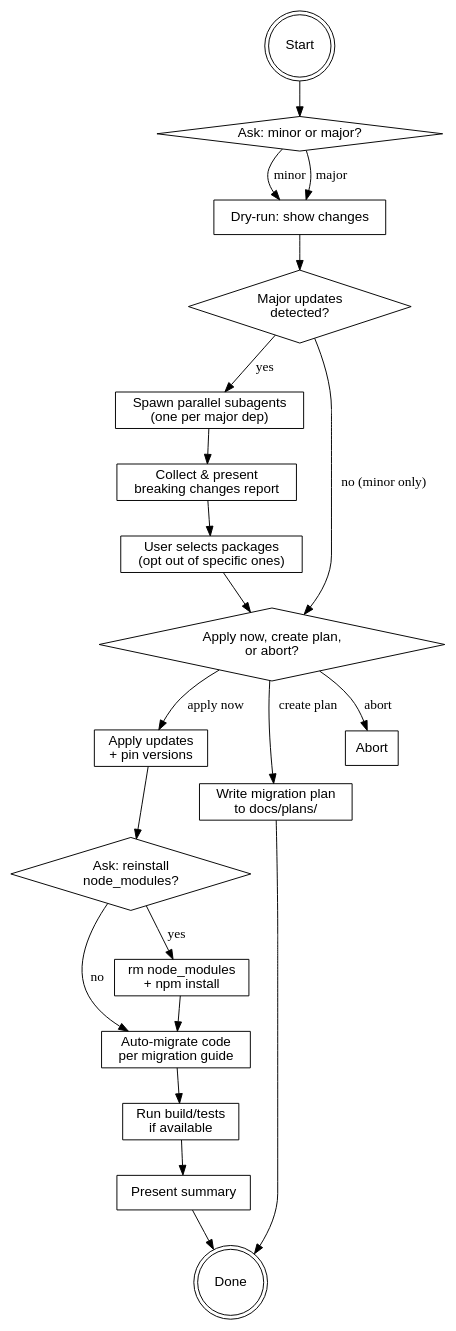
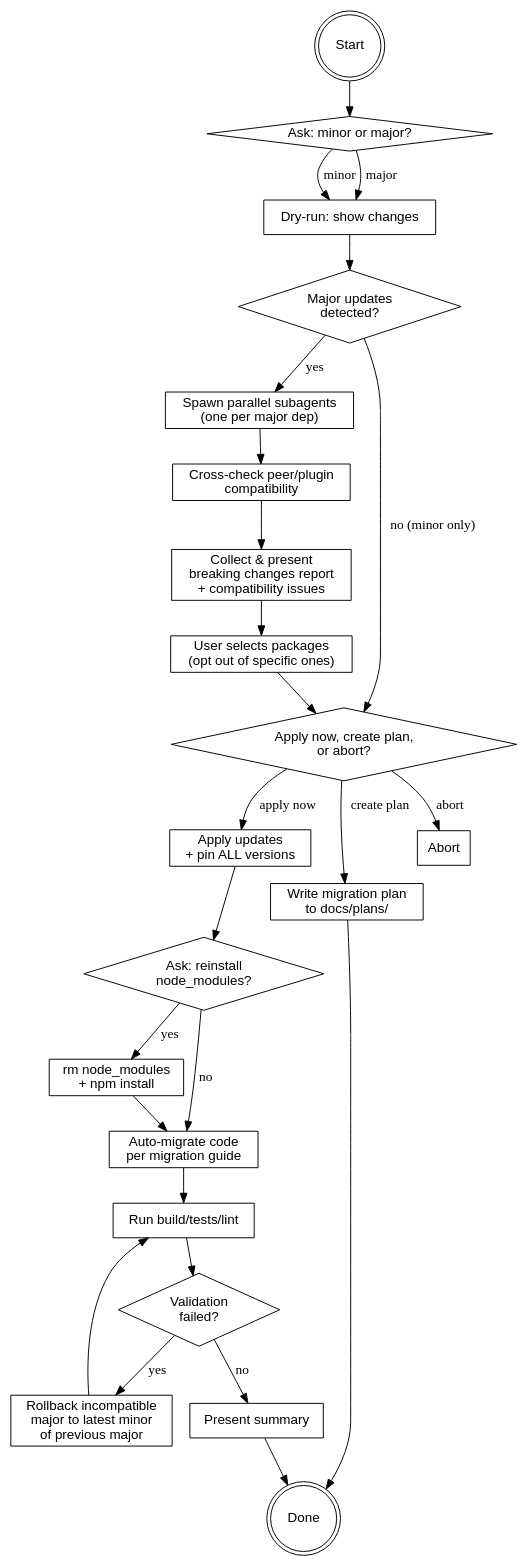
One commit to evelan-de/claude-code-plugins changed the diagram in skills/update-dependencies/SKILL.md. Above: the diagram before and after it, drawn with Graphviz. The commit also changed other lines of this file, not shown here.

First line of the commit message:
Update dependency skill with compatibility checks and rollback logic

````diff
--- a/skills/update-dependencies/SKILL.md
+++ b/skills/update-dependencies/SKILL.md
@@ -12,45 +12,52 @@
 ```dot
 digraph update_flow {
     rankdir=TB;
     node [fontname="Helvetica"];
 
     Start [shape=doublecircle];
     AskLevel [label="Ask: minor or major?" shape=diamond];
     DryRun [label="Dry-run: show changes" shape=box];
     HasMajor [label="Major updates\ndetected?" shape=diamond];
     SpawnAgents [label="Spawn parallel subagents\n(one per major dep)" shape=box];
-    CollectResults [label="Collect & present\nbreaking changes report" shape=box];
+    CompatCheck [label="Cross-check peer/plugin\ncompatibility" shape=box];
+    CollectResults [label="Collect & present\nbreaking changes report\n+ compatibility issues" shape=box];
     SelectPackages [label="User selects packages\n(opt out of specific ones)" shape=box];
     AskAction [label="Apply now, create plan,\nor abort?" shape=diamond];
-    ApplyUpdates [label="Apply updates\n+ pin versions" shape=box];
+    ApplyUpdates [label="Apply updates\n+ pin ALL versions" shape=box];
     AutoMigrate [label="Auto-migrate code\nper migration guide" shape=box];
     WritePlan [label="Write migration plan\nto docs/plans/" shape=box];
     AskReinstall [label="Ask: reinstall\nnode_modules?" shape=diamond];
     Reinstall [label="rm node_modules\n+ npm install" shape=box];
-    RunTests [label="Run build/tests\nif available" shape=box];
+    RunTests [label="Run build/tests/lint" shape=box];
+    ValidationFailed [label="Validation\nfailed?" shape=diamond];
+    Rollback [label="Rollback incompatible\nmajor to latest minor\nof previous major" shape=box];
     Summary [label="Present summary" shape=box];
     Done [shape=doublecircle];
     Abort [shape=box];
 
     Start -> AskLevel;
     AskLevel -> DryRun [label="minor"];
     AskLevel -> DryRun [label="major"];
     DryRun -> HasMajor;
     HasMajor -> SpawnAgents [label="yes"];
     HasMajor -> AskAction [label="no (minor only)"];
-    SpawnAgents -> CollectResults;
+    SpawnAgents -> CompatCheck;
+    CompatCheck -> CollectResults;
     CollectResults -> SelectPackages;
     SelectPackages -> AskAction;
     AskAction -> ApplyUpdates [label="apply now"];
     AskAction -> WritePlan [label="create plan"];
     AskAction -> Abort [label="abort"];
     WritePlan -> Done;
     ApplyUpdates -> AskReinstall;
     AskReinstall -> Reinstall [label="yes"];
     AskReinstall -> AutoMigrate [label="no"];
     Reinstall -> AutoMigrate;
     AutoMigrate -> RunTests;
-    RunTests -> Summary;
+    RunTests -> ValidationFailed;
+    ValidationFailed -> Summary [label="no"];
+    ValidationFailed -> Rollback [label="yes"];
+    Rollback -> RunTests;
     Summary -> Done;
 }
 ```
````
